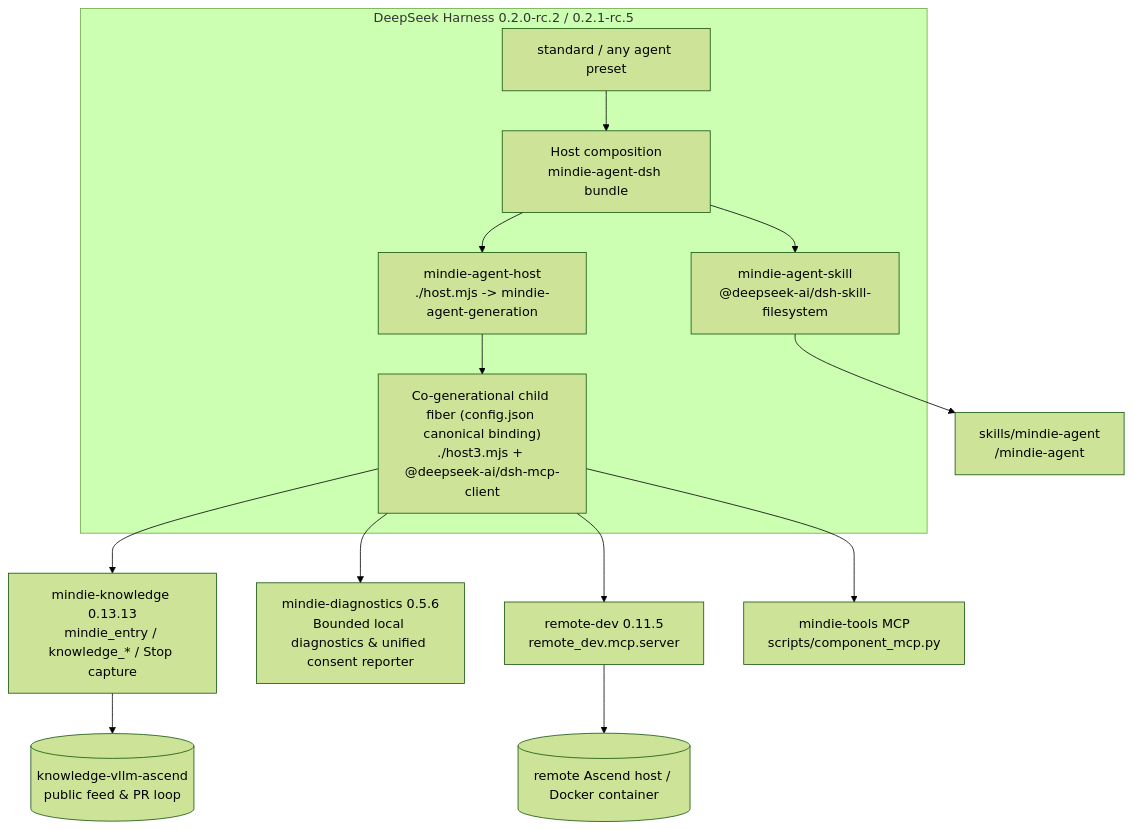
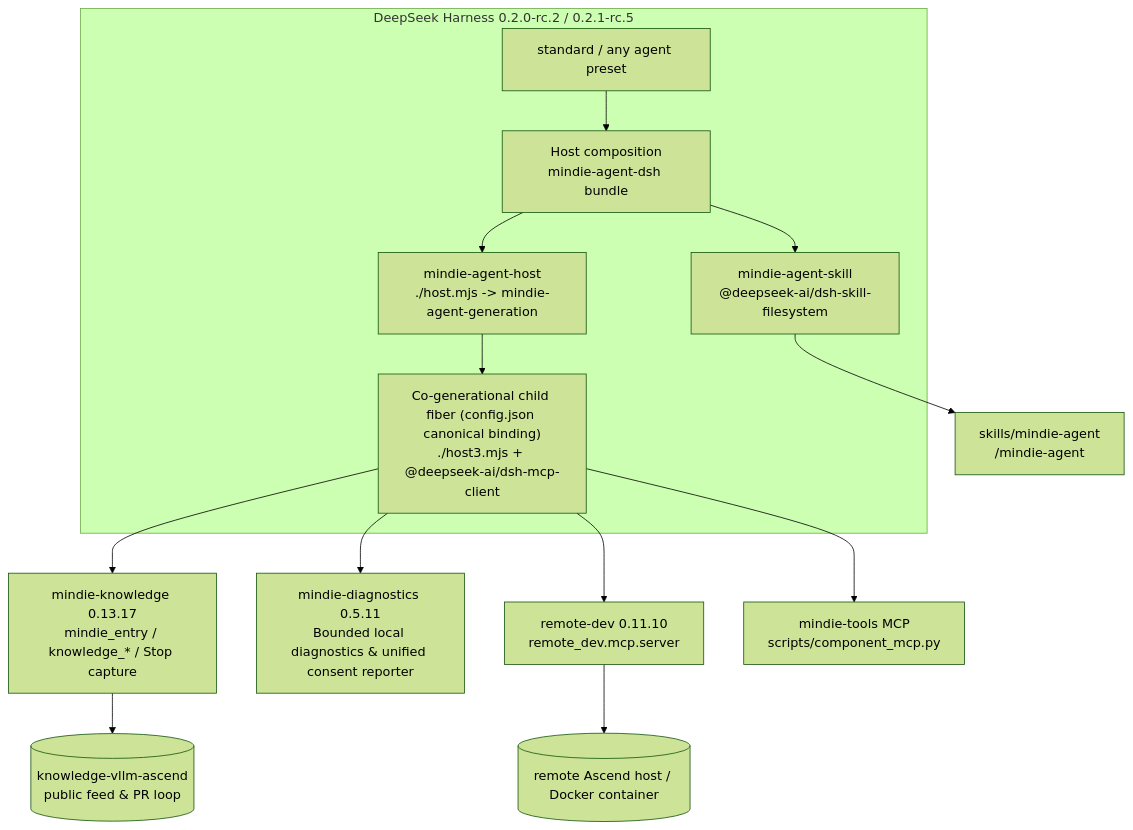
The diagram in README.en.md (mindie-agent/mindie-agent-dsh), drawn with Mermaid (forest theme) before and after one commit. The commit also changed other lines of this file and 50 other files, not shown here.

````diff
--- a/README.en.md
+++ b/README.en.md
@@ -155,21 +168,21 @@
 ```mermaid
 flowchart TB
   subgraph DSH["DeepSeek Harness 0.2.0-rc.2 / 0.2.1-rc.5"]
     HOST["Host composition<br/>mindie-agent-dsh bundle"]
     STD["standard / any agent preset"]
     SKILL["mindie-agent-skill<br/>@deepseek-ai/dsh-skill-filesystem"]
     HPLUG["mindie-agent-host<br/>./host.mjs -> mindie-agent-generation"]
     GEN["Co-generational child fiber (config.json canonical binding)<br/>./host3.mjs + @deepseek-ai/dsh-mcp-client"]
     STD --> HOST
     HOST --> SKILL
     HOST --> HPLUG
     HPLUG --> GEN
   end
   SKILL --> SK["skills/mindie-agent<br/>/mindie-agent"]
-  GEN --> KS["mindie-knowledge 0.13.13<br/>mindie_entry / knowledge_* / Stop capture"]
-  GEN --> DIAG["mindie-diagnostics 0.5.6<br/>Bounded local diagnostics & unified consent reporter"]
+  GEN --> KS["mindie-knowledge 0.13.17<br/>mindie_entry / knowledge_* / Stop capture"]
+  GEN --> DIAG["mindie-diagnostics 0.5.11<br/>Bounded local diagnostics & unified consent reporter"]
   KS --> FEED[("knowledge-vllm-ascend<br/>public feed & PR loop")]
-  GEN --> RD["remote-dev 0.11.5<br/>remote_dev.mcp.server"]
+  GEN --> RD["remote-dev 0.11.10<br/>remote_dev.mcp.server"]
   GEN --> MT["mindie-tools MCP<br/>scripts/component_mcp.py"]
   RD --> NPU[("remote Ascend host / Docker container")]
 ```
````
